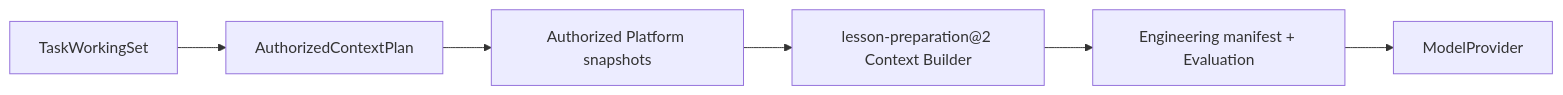
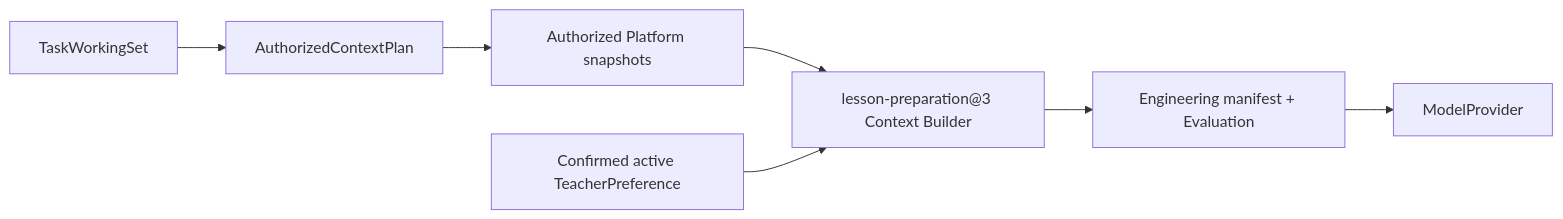
Before and after one commit to CrystalDavid/Edu-Agent: the fourth of 4 diagrams in docs/architecture.md, drawn with Mermaid. The commit also changed other lines of this file and 7 other files, not shown here.

````diff
--- a/docs/architecture.md
+++ b/docs/architecture.md
@@ -159,8 +159,9 @@
 ```mermaid
 flowchart LR
     WS["TaskWorkingSet"] --> AUTH["AuthorizedContextPlan"]
     AUTH --> SNAP["Authorized Platform snapshots"]
-    SNAP --> CB["lesson-preparation@2 Context Builder"]
+    SNAP --> CB["lesson-preparation@3 Context Builder"]
+    PREF["Confirmed active TeacherPreference"] --> CB
     CB --> CM["Engineering manifest + Evaluation"]
     CM --> MODEL["ModelProvider"]
 ```
````
